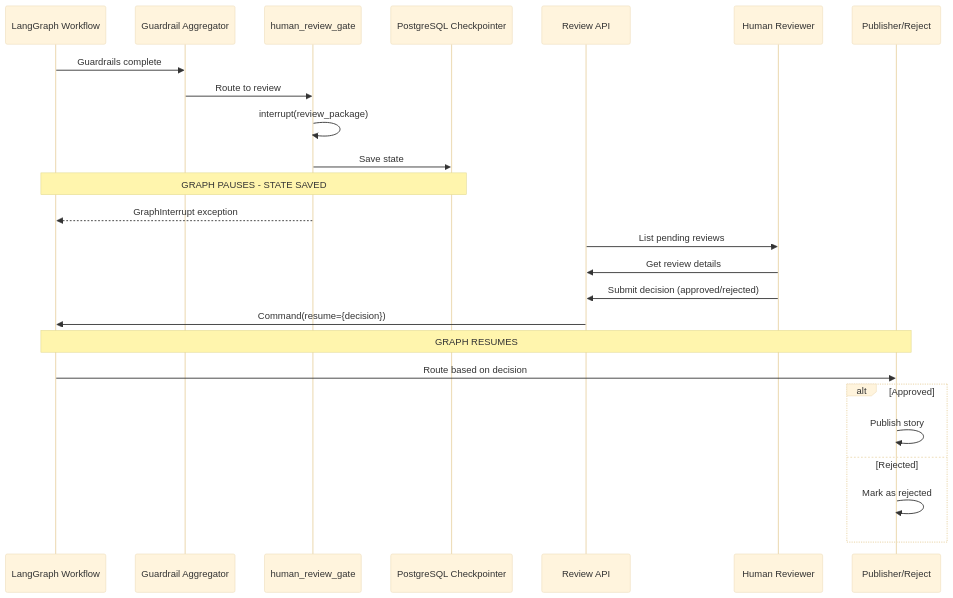
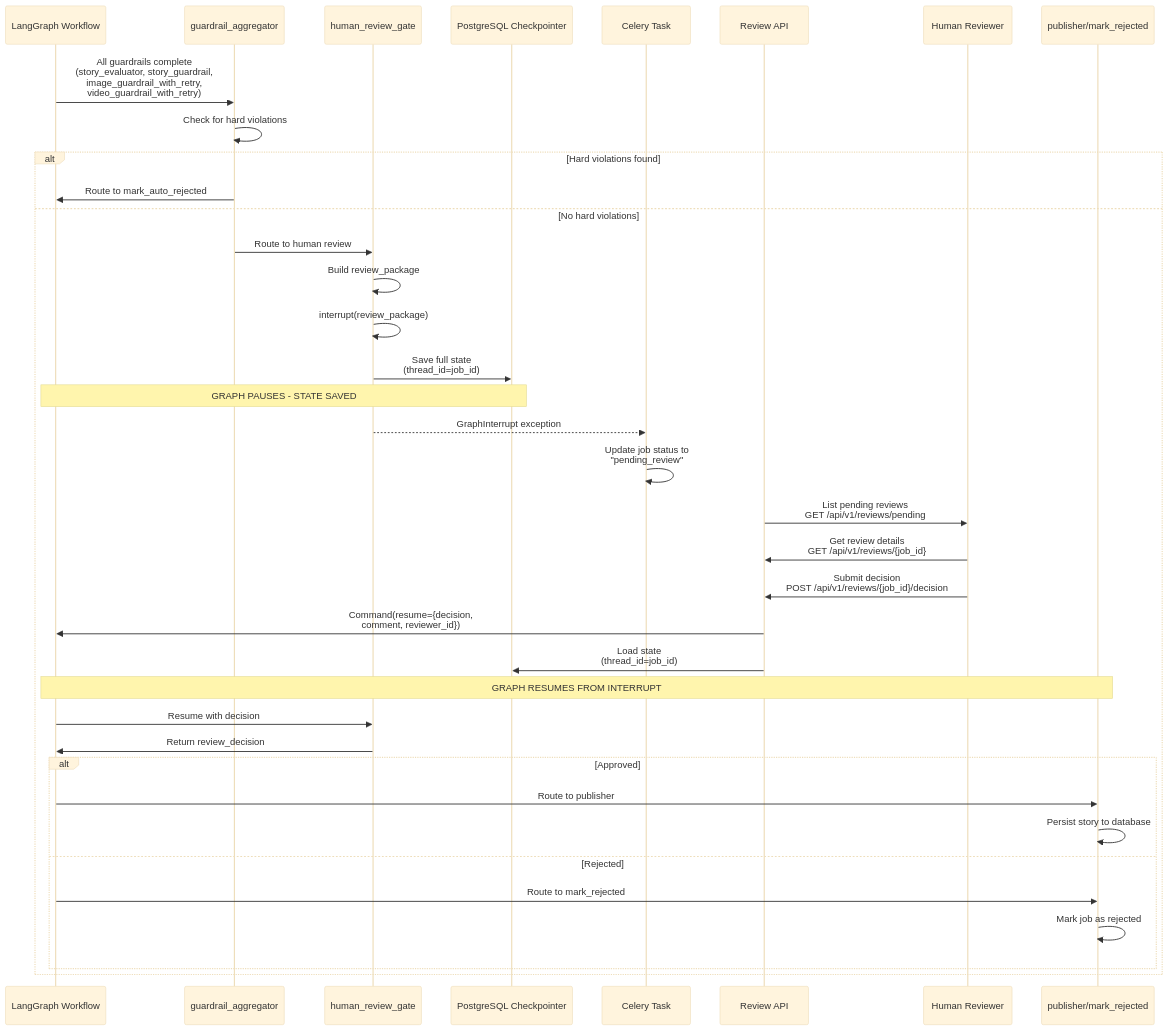
Before and after one commit to kanavkalra-in/kids_story_agent: the diagram in docs/human-review.md, drawn with Mermaid (base theme). The commit also changed 3 other files, not shown here.

````diff
--- a/docs/human-review.md
+++ b/docs/human-review.md
@@ -11,30 +11,42 @@
 ```mermaid
 sequenceDiagram
     participant Workflow as LangGraph Workflow
-    participant Aggregator as Guardrail Aggregator
+    participant Aggregator as guardrail_aggregator
     participant ReviewGate as human_review_gate
     participant Checkpoint as PostgreSQL Checkpointer
+    participant Celery as Celery Task
     participant API as Review API
     participant Reviewer as Human Reviewer
-    participant Publisher as Publisher/Reject
+    participant Publisher as publisher/mark_rejected
     
-    Workflow->>Aggregator: Guardrails complete
-    Aggregator->>ReviewGate: Route to review
-    ReviewGate->>ReviewGate: interrupt(review_package)
-    ReviewGate->>Checkpoint: Save state
-    Note over Workflow,Checkpoint: GRAPH PAUSES - STATE SAVED
-    ReviewGate-->>Workflow: GraphInterrupt exception
-    
-    API->>Reviewer: List pending reviews
-    Reviewer->>API: Get review details
-    Reviewer->>API: Submit decision (approved/rejected)
-    API->>Workflow: Command(resume={decision})
-    
-    Note over Workflow,Publisher: GRAPH RESUMES
-    Workflow->>Publisher: Route based on decision
-    alt Approved
-        Publisher->>Publisher: Publish story
-    else Rejected
-        Publisher->>Publisher: Mark as rejected
+    Workflow->>Aggregator: All guardrails complete<br/>(story_evaluator, story_guardrail,<br/>image_guardrail_with_retry,<br/>video_guardrail_with_retry)
+    Aggregator->>Aggregator: Check for hard violations
+    alt Hard violations found
+        Aggregator->>Workflow: Route to mark_auto_rejected
+    else No hard violations
+        Aggregator->>ReviewGate: Route to human review
+        ReviewGate->>ReviewGate: Build review_package
+        ReviewGate->>ReviewGate: interrupt(review_package)
+        ReviewGate->>Checkpoint: Save full state<br/>(thread_id=job_id)
+        Note over Workflow,Checkpoint: GRAPH PAUSES - STATE SAVED
+        ReviewGate-->>Celery: GraphInterrupt exception
+        Celery->>Celery: Update job status to<br/>"pending_review"
+        
+        API->>Reviewer: List pending reviews<br/>GET /api/v1/reviews/pending
+        Reviewer->>API: Get review details<br/>GET /api/v1/reviews/{job_id}
+        Reviewer->>API: Submit decision<br/>POST /api/v1/reviews/{job_id}/decision
+        API->>Workflow: Command(resume={decision,<br/>comment, reviewer_id})
+        API->>Checkpoint: Load state<br/>(thread_id=job_id)
+        
+        Note over Workflow,Publisher: GRAPH RESUMES FROM INTERRUPT
+        Workflow->>ReviewGate: Resume with decision
+        ReviewGate->>Workflow: Return review_decision
+        alt Approved
+            Workflow->>Publisher: Route to publisher
+            Publisher->>Publisher: Persist story to database
+        else Rejected
+            Workflow->>Publisher: Route to mark_rejected
+            Publisher->>Publisher: Mark job as rejected
+        end
     end
 ```
````
